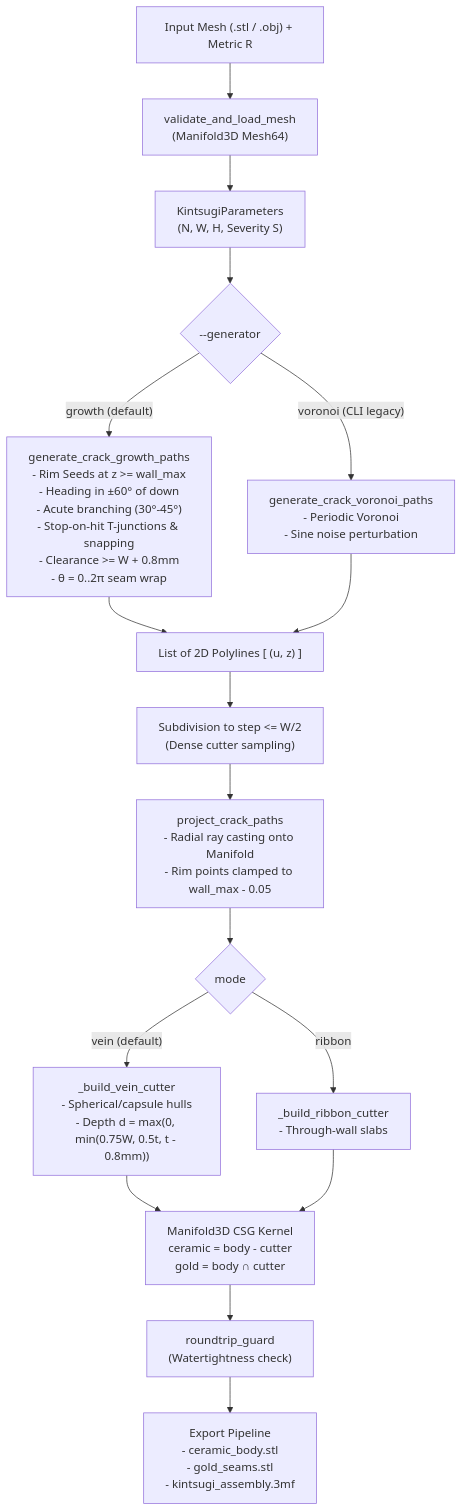
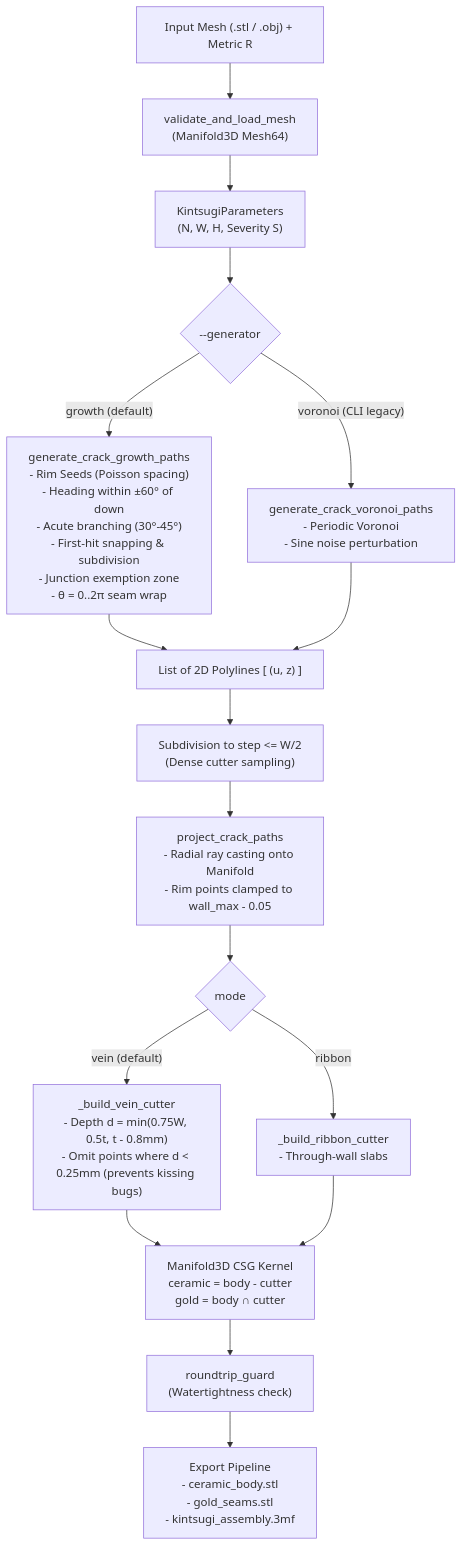
One commit to slowbutfast/kintsugi-fracture changed the diagram in openspec/changes/kintsugi-crack-growth/architecture.md. Above: the diagram before and after it, drawn with Mermaid. The commit also changed other lines of this file and 6 other files, not shown here.

Commit message:
docs(openspec): incorporate round 2 feedback into kintsugi-crack-growth artifacts

````diff
--- a/openspec/changes/kintsugi-crack-growth/architecture.md
+++ b/openspec/changes/kintsugi-crack-growth/architecture.md
@@ -13,21 +13,21 @@
 ```mermaid
 flowchart TD
     A["Input Mesh (.stl / .obj) + Metric R"] --> B["validate_and_load_mesh<br/>(Manifold3D Mesh64)"]
     B --> C["KintsugiParameters<br/>(N, W, H, Severity S)"]
     
     C --> D{"--generator"}
-    D -->|"growth (default)"| E["generate_crack_growth_paths<br/>- Rim Seeds at z >= wall_max<br/>- Heading in ±60° of down<br/>- Acute branching (30°-45°)<br/>- Stop-on-hit T-junctions & snapping<br/>- Clearance >= W + 0.8mm<br/>- θ = 0..2π seam wrap"]
+    D -->|"growth (default)"| E["generate_crack_growth_paths<br/>- Rim Seeds (Poisson spacing)<br/>- Heading within ±60° of down<br/>- Acute branching (30°-45°)<br/>- First-hit snapping & subdivision<br/>- Junction exemption zone<br/>- θ = 0..2π seam wrap"]
     D -->|"voronoi (CLI legacy)"| F["generate_crack_voronoi_paths<br/>- Periodic Voronoi<br/>- Sine noise perturbation"]
     
     E & F --> G["List of 2D Polylines [ (u, z) ]"]
     G --> H["Subdivision to step <= W/2<br/>(Dense cutter sampling)"]
     H --> I["project_crack_paths<br/>- Radial ray casting onto Manifold<br/>- Rim points clamped to wall_max - 0.05"]
     I --> J{"mode"}
     
-    J -->|"vein (default)"| K["_build_vein_cutter<br/>- Spherical/capsule hulls<br/>- Depth d = max(0, min(0.75W, 0.5t, t - 0.8mm))"]
+    J -->|"vein (default)"| K["_build_vein_cutter<br/>- Depth d = min(0.75W, 0.5t, t - 0.8mm)<br/>- Omit points where d < 0.25mm (prevents kissing bugs)"]
     J -->|"ribbon"| L["_build_ribbon_cutter<br/>- Through-wall slabs"]
     
     K & L --> M["Manifold3D CSG Kernel<br/>ceramic = body - cutter<br/>gold = body ∩ cutter"]
     M --> N["roundtrip_guard<br/>(Watertightness check)"]
     N --> O["Export Pipeline<br/>- ceramic_body.stl<br/>- gold_seams.stl<br/>- kintsugi_assembly.3mf"]
 ```
````
